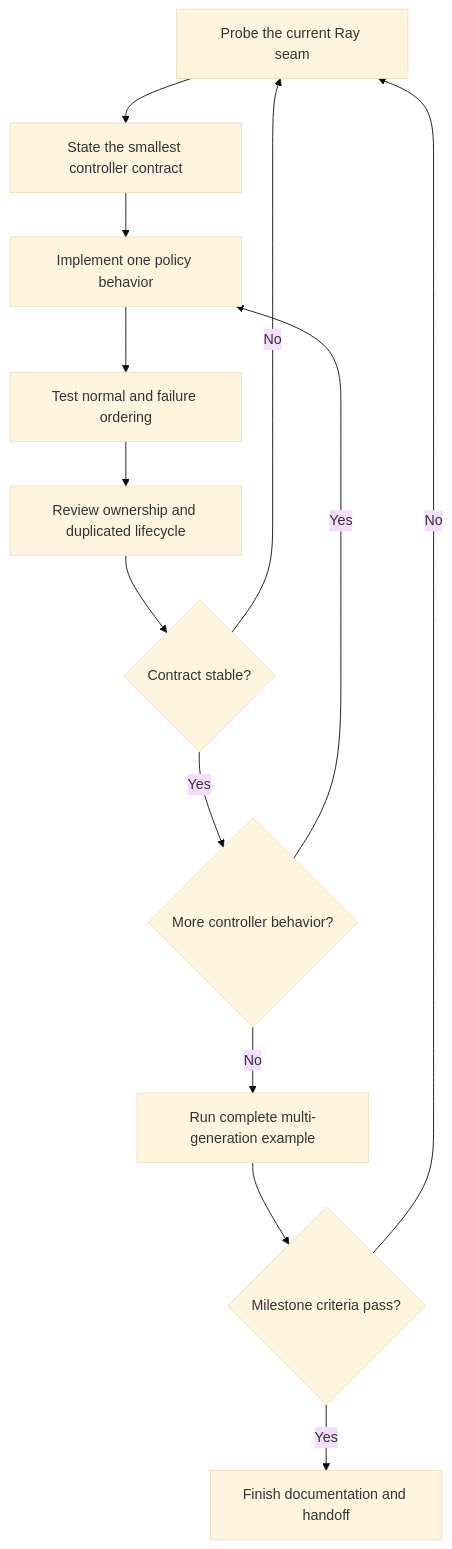
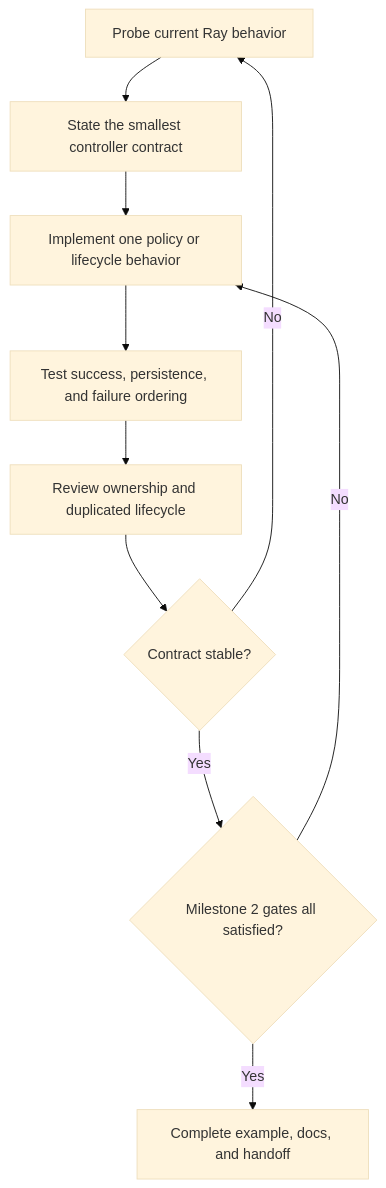
Before and after one commit to smithblack-0/ClanBasedTuning: the diagram in docs/milestones/evolutionary_controller_plan.md, drawn with Mermaid (base theme). The commit also changed other lines of this file and 15 other files, not shown here.

Commit message:
Rebuild Milestone 1 documentation ownership

````diff
--- a/docs/milestones/evolutionary_controller_plan.md
+++ b/docs/milestones/evolutionary_controller_plan.md
@@ -53,15 +55,12 @@
 ```mermaid
 flowchart TD
-    A[Probe the current Ray seam] --> B[State the smallest controller contract]
-    B --> C[Implement one policy behavior]
-    C --> D[Test normal and failure ordering]
+    A[Probe current Ray behavior] --> B[State the smallest controller contract]
+    B --> C[Implement one policy or lifecycle behavior]
+    C --> D[Test success, persistence, and failure ordering]
     D --> E[Review ownership and duplicated lifecycle]
     E --> F{Contract stable?}
     F -- No --> A
-    F -- Yes --> G{More controller behavior?}
-    G -- Yes --> C
-    G -- No --> H[Run complete multi-generation example]
-    H --> I{Milestone criteria pass?}
-    I -- No --> A
-    I -- Yes --> J[Finish documentation and handoff]
+    F -- Yes --> G{Milestone 2 gates all satisfied?}
+    G -- No --> C
+    G -- Yes --> H[Complete example, docs, and handoff]
 ```
````
